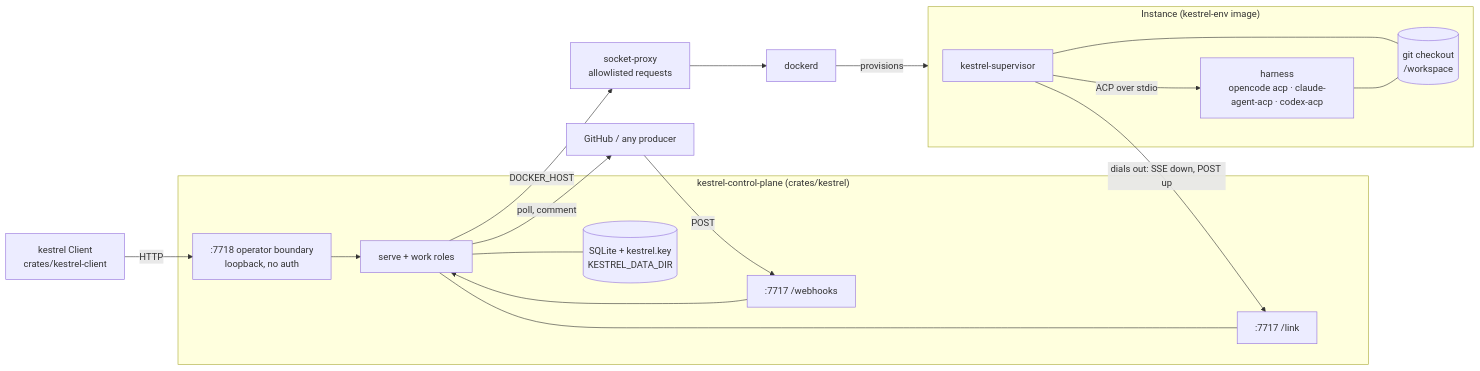
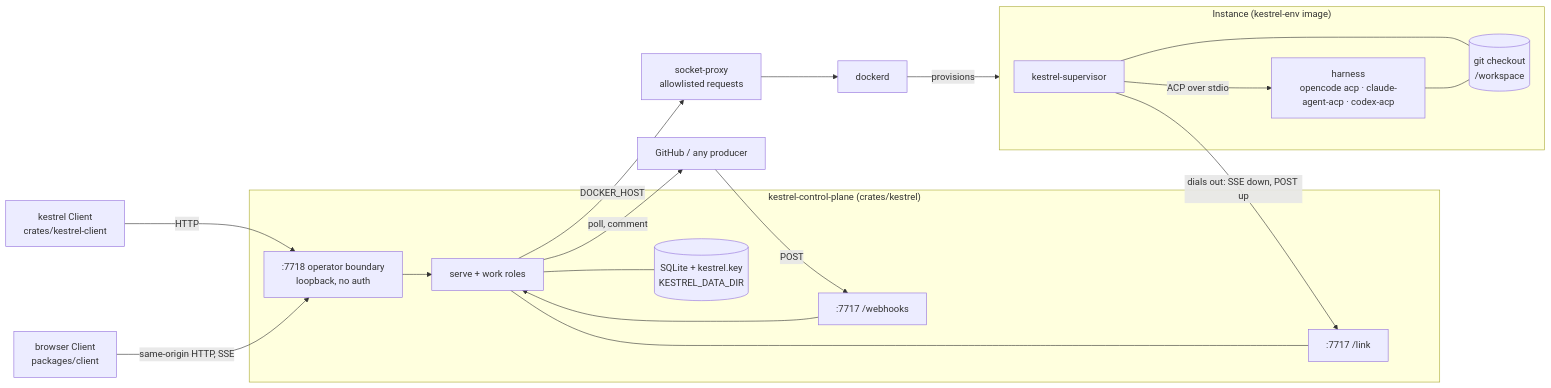
Before and after one commit to openkestrel/kestrel: the diagram in docs/architecture/README.md, drawn with Mermaid. The commit also changed other lines of this file and 50 other files, not shown here.

First line of the commit message:
Serve the browser Client on the operator listener (#415)

````diff
--- a/docs/architecture/README.md
+++ b/docs/architecture/README.md
@@ -33,36 +33,38 @@
 ```mermaid
 flowchart LR
     client["kestrel Client<br/>crates/kestrel-client"]
+    browser["browser Client<br/>packages/client"]
     producer["GitHub / any producer"]
 
     subgraph cp["kestrel-control-plane (crates/kestrel)"]
         operator[":7718 operator boundary<br/>loopback, no auth"]
         webhooks[":7717 /webhooks"]
         link[":7717 /link"]
         roles["serve + work roles"]
         db[("SQLite + kestrel.key<br/>KESTREL_DATA_DIR")]
         operator --> roles
         webhooks --> roles
         link --- roles
         roles --- db
     end
 
     proxy["socket-proxy<br/>allowlisted requests"]
     dockerd["dockerd"]
 
     subgraph instance["Instance (kestrel-env image)"]
         supervisor["kestrel-supervisor"]
         harness["harness<br/>opencode acp · claude-agent-acp · codex-acp"]
         checkout[("git checkout<br/>/workspace")]
         supervisor -- "ACP over stdio" --> harness
         supervisor --- checkout
         harness --- checkout
     end
 
     client -- HTTP --> operator
+    browser -- "same-origin HTTP, SSE" --> operator
     producer -- POST --> webhooks
     roles -- "poll, comment" --> producer
     roles -- DOCKER_HOST --> proxy --> dockerd
     dockerd -- provisions --> instance
     supervisor -- "dials out: SSE down, POST up" --> link
 ```
````
